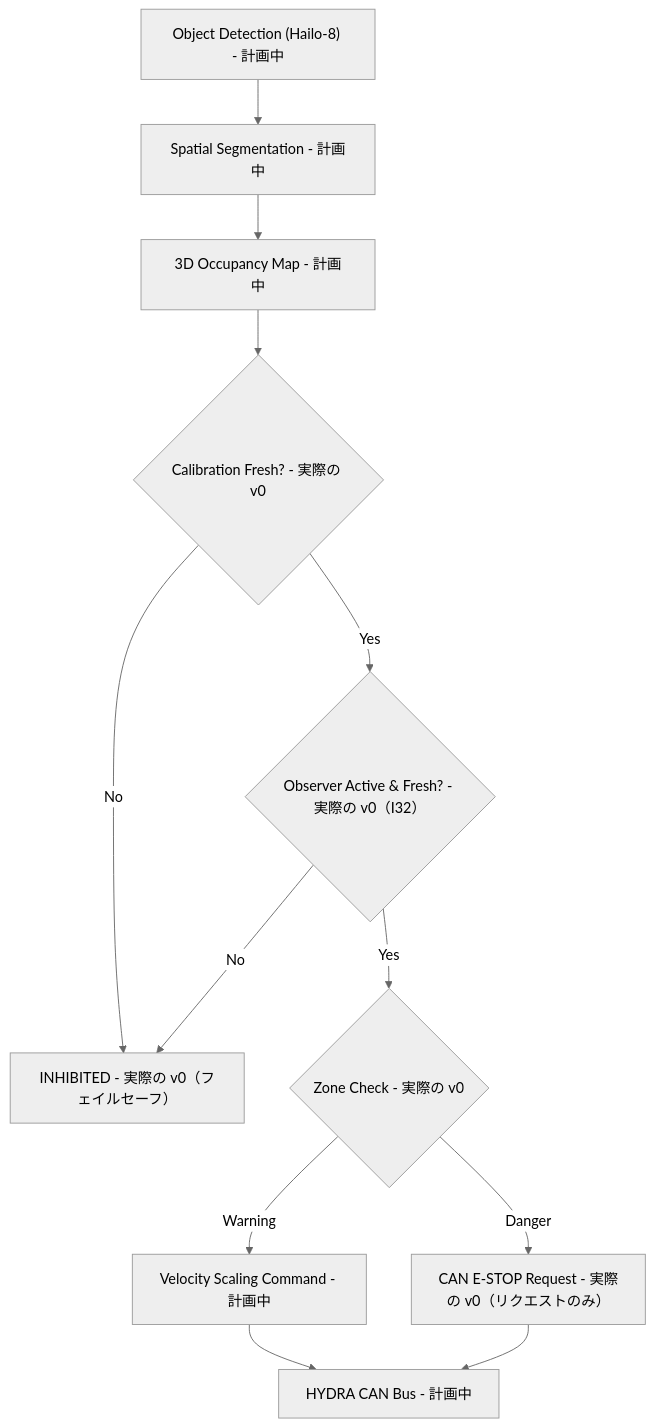
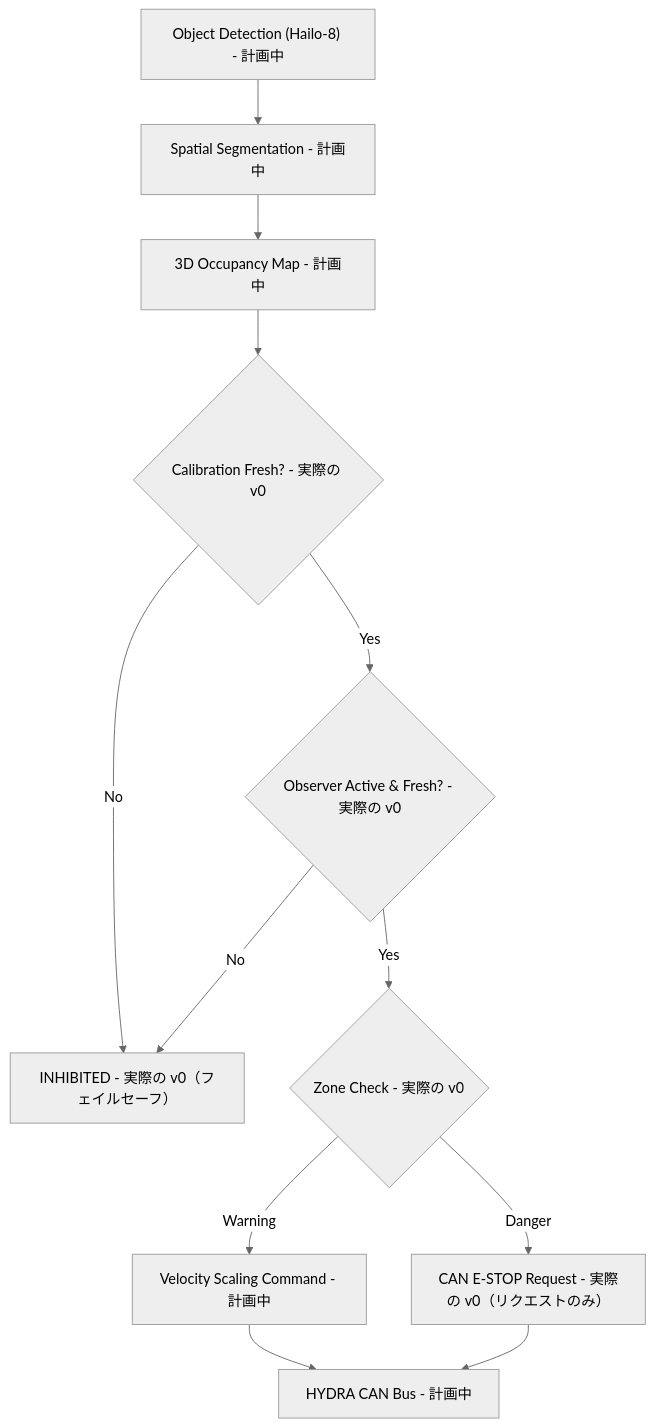
One commit to JuanenRac/HYDRA-UMC-SAFETY-ZONES changed the diagram in README_jpn.md. Above: the diagram before and after it, drawn with Mermaid (neutral theme). The commit also changed other lines of this file and 8 other files, not shown here.

````diff
--- a/README_jpn.md
+++ b/README_jpn.md
@@ -88,14 +88,14 @@
 ```mermaid
 flowchart TB
     DET["Object Detection (Hailo-8) - 計画中"] --> SEG["Spatial Segmentation - 計画中"]
     SEG --> MAP["3D Occupancy Map - 計画中"]
     MAP --> CAL{"Calibration Fresh? - 実際の v0"}
     CAL -- No --> INHIBIT["INHIBITED - 実際の v0（フェイルセーフ）"]
-    CAL -- Yes --> OBS{"Observer Active & Fresh? - 実際の v0（I32）"}
+    CAL -- Yes --> OBS{"Observer Active & Fresh? - 実際の v0"}
     OBS -- No --> INHIBIT
     OBS -- Yes --> ZONE{"Zone Check - 実際の v0"}
     ZONE -- Warning --> SLOW["Velocity Scaling Command - 計画中"]
     ZONE -- Danger --> STOP["CAN E-STOP Request - 実際の v0（リクエストのみ）"]
     SLOW --> CAN["HYDRA CAN Bus - 計画中"]
     STOP --> CAN
 ```
````
